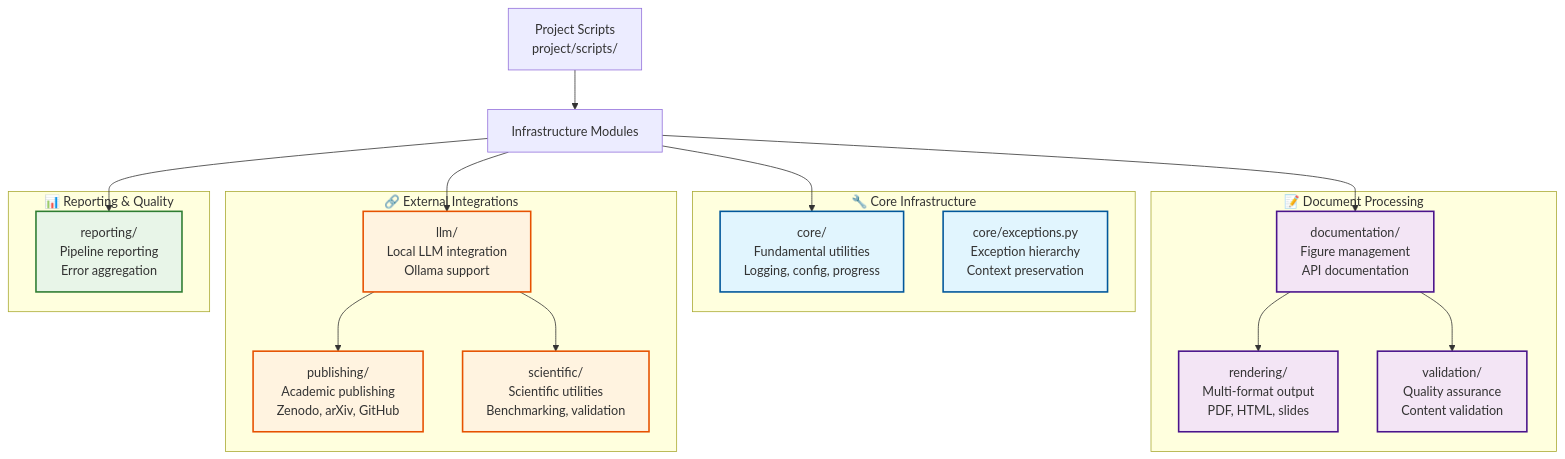
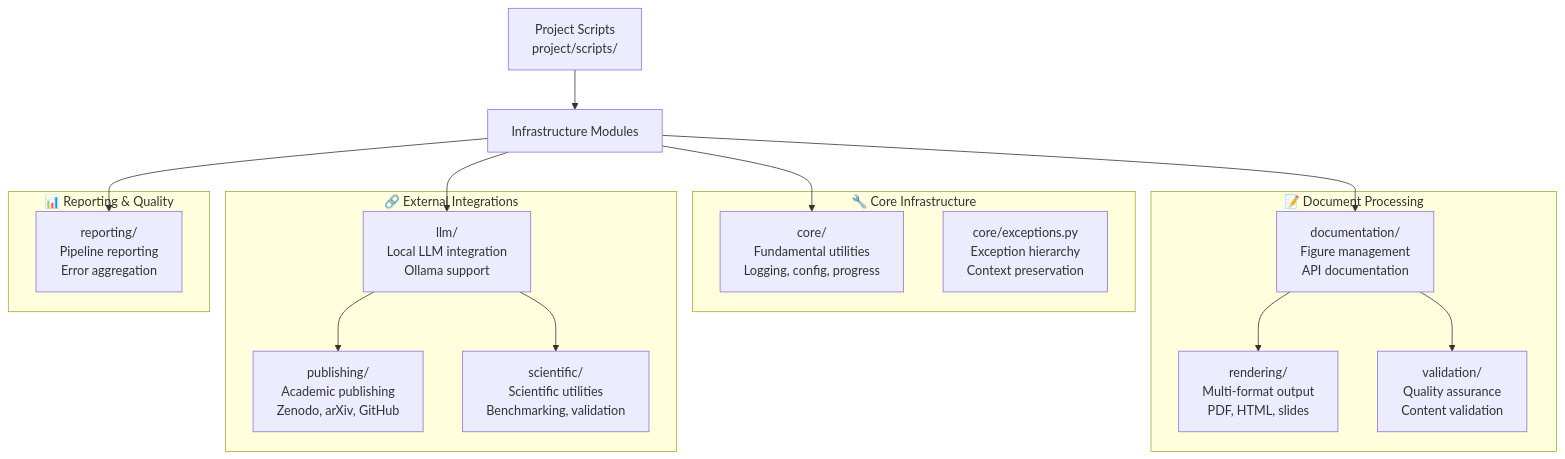
Before and after one commit to docxology/template: the first of 5 diagrams in infrastructure/README.md, drawn with Mermaid. The commit also changed other lines of this file and 243 other files, not shown here.

````diff
--- a/infrastructure/README.md
+++ b/infrastructure/README.md
@@ -11,48 +11,43 @@
 ```mermaid
 graph TD
     subgraph "🔧 Core Infrastructure"
         CORE[core/<br/>Fundamental utilities<br/>Logging, config, progress]
         EXCEPTIONS[core/exceptions.py<br/>Exception hierarchy<br/>Context preservation]
     end
 
     subgraph "📝 Document Processing"
         DOC[documentation/<br/>Figure management<br/>API documentation]
         RENDER[rendering/<br/>Multi-format output<br/>PDF, HTML, slides]
         VALIDATION[validation/<br/>Quality assurance<br/>Content validation]
     end
 
     subgraph "🔗 External Integrations"
         LLM[llm/<br/>Local LLM integration<br/>Ollama support]
         PUBLISHING[publishing/<br/>Academic publishing<br/>Zenodo, arXiv, GitHub]
         SCIENTIFIC[scientific/<br/>Scientific utilities<br/>Benchmarking, validation]
     end
 
     subgraph "📊 Reporting & Quality"
         REPORTING[reporting/<br/>Pipeline reporting<br/>Error aggregation]
     end
 
     PROJECT_SCRIPTS[Project Scripts<br/>project/scripts/]
     INFRASTRUCTURE[Infrastructure Modules]
 
     PROJECT_SCRIPTS --> INFRASTRUCTURE
     INFRASTRUCTURE --> CORE
     INFRASTRUCTURE --> DOC
     INFRASTRUCTURE --> LLM
     INFRASTRUCTURE --> REPORTING
 
     DOC --> RENDER
     DOC --> VALIDATION
 
     LLM --> PUBLISHING
     LLM --> SCIENTIFIC
 
-    classDef core fill:#e1f5fe,stroke:#01579b,stroke-width:2px
-    classDef doc fill:#f3e5f5,stroke:#4a148c,stroke-width:2px
-    classDef integration fill:#fff3e0,stroke:#e65100,stroke-width:2px
-    classDef build fill:#e8f5e8,stroke:#2e7d32,stroke-width:2px
-
     class CORE,EXCEPTIONS core
     class DOC,RENDER,VALIDATION doc
     class LLM,PUBLISHING,SCIENTIFIC integration
     class REPORTING build
 ```
````
